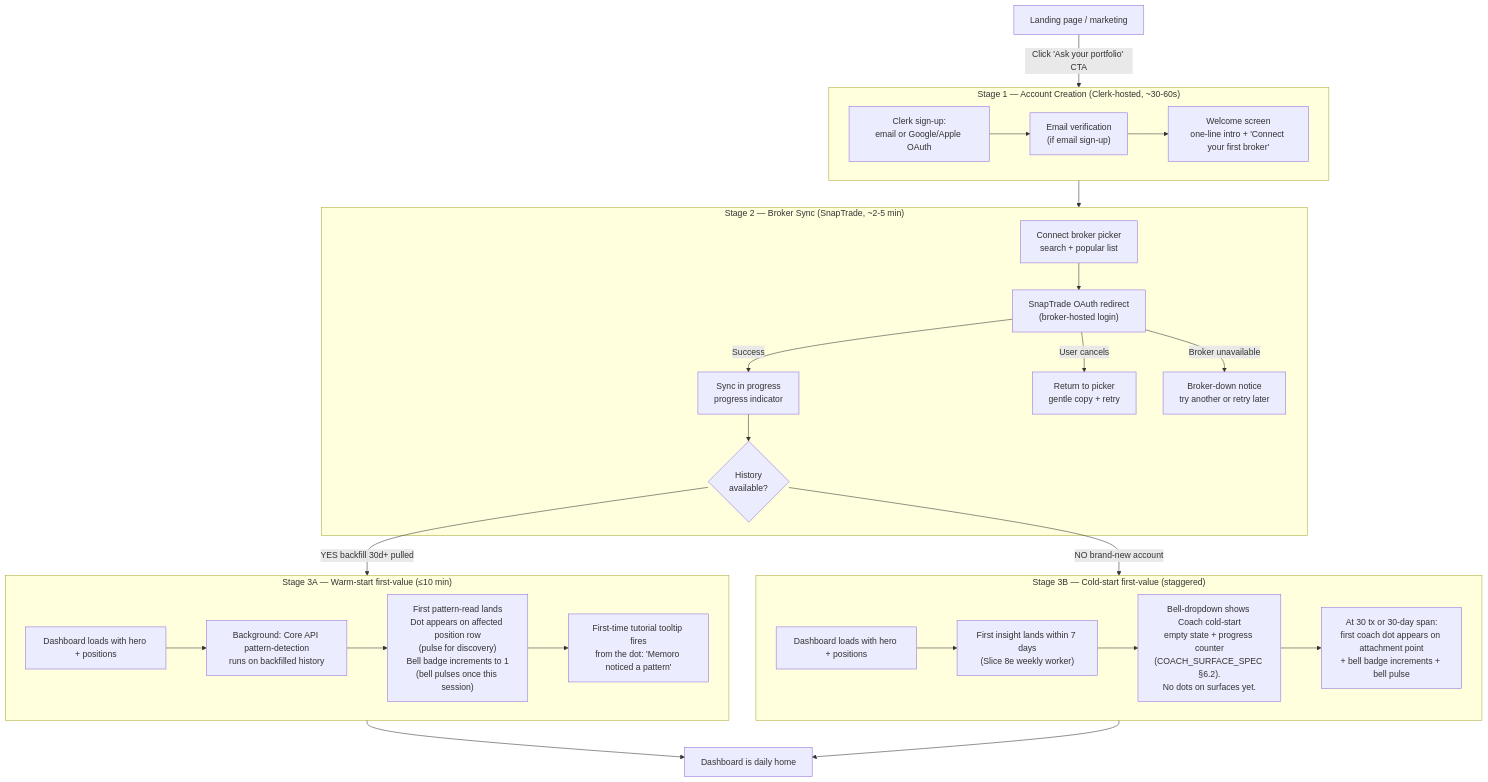
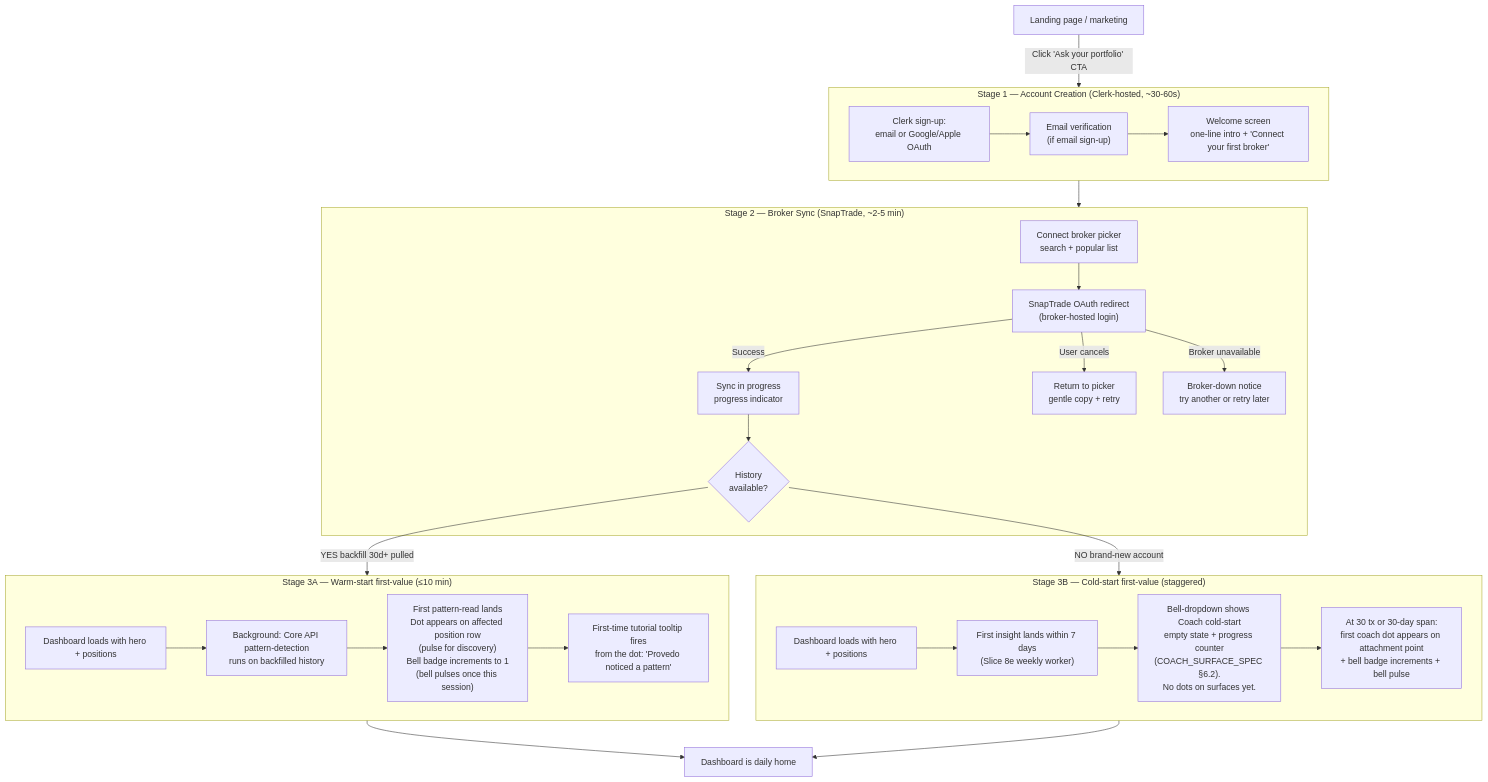
The diagram in docs/design/ONBOARDING_FLOW.md (rmstrn/investment-tracker), drawn with Mermaid before and after one commit. The commit also changed other lines of this file and 49 other files, not shown here.

````diff
--- a/docs/design/ONBOARDING_FLOW.md
+++ b/docs/design/ONBOARDING_FLOW.md
@@ -13,37 +13,37 @@
 ```mermaid
 flowchart TD
     Landing["Landing page / marketing"] -->|Click 'Ask your portfolio' CTA| Stage1
 
     subgraph Stage1["Stage 1 — Account Creation (Clerk-hosted, ~30-60s)"]
         S1A["Clerk sign-up:<br/>email or Google/Apple OAuth"] --> S1B["Email verification<br/>(if email sign-up)"]
         S1B --> S1C["Welcome screen<br/>one-line intro + 'Connect your first broker'"]
     end
 
     Stage1 --> Stage2
 
     subgraph Stage2["Stage 2 — Broker Sync (SnapTrade, ~2-5 min)"]
         S2A["Connect broker picker<br/>search + popular list"] --> S2B["SnapTrade OAuth redirect<br/>(broker-hosted login)"]
         S2B -->|Success| S2C["Sync in progress<br/>progress indicator"]
         S2B -->|User cancels| S2X["Return to picker<br/>gentle copy + retry"]
         S2B -->|Broker unavailable| S2Y["Broker-down notice<br/>try another or retry later"]
         S2C --> S2D{"History<br/>available?"}
     end
 
     S2D -->|YES backfill 30d+ pulled| Stage3A
     S2D -->|NO brand-new account| Stage3B
 
     subgraph Stage3A["Stage 3A — Warm-start first-value (≤10 min)"]
         S3A1["Dashboard loads with hero + positions"] --> S3A2["Background: Core API pattern-detection<br/>runs on backfilled history"]
         S3A2 --> S3A3["First pattern-read lands<br/>Dot appears on affected position row<br/>(pulse for discovery)<br/>Bell badge increments to 1<br/>(bell pulses once this session)"]
-        S3A3 --> S3A4["First-time tutorial tooltip fires<br/>from the dot: 'Memoro noticed a pattern'"]
+        S3A3 --> S3A4["First-time tutorial tooltip fires<br/>from the dot: 'Provedo noticed a pattern'"]
     end
 
     subgraph Stage3B["Stage 3B — Cold-start first-value (staggered)"]
         S3B1["Dashboard loads with hero + positions"] --> S3B2["First insight lands within 7 days<br/>(Slice 8e weekly worker)"]
         S3B2 --> S3B3["Bell-dropdown shows Coach cold-start<br/>empty state + progress counter<br/>(COACH_SURFACE_SPEC §6.2).<br/>No dots on surfaces yet."]
         S3B3 --> S3B4["At 30 tx or 30-day span:<br/>first coach dot appears on attachment point<br/>+ bell badge increments + bell pulse"]
     end
 
     Stage3A --> Home["Dashboard is daily home"]
     Stage3B --> Home
 ```
````
